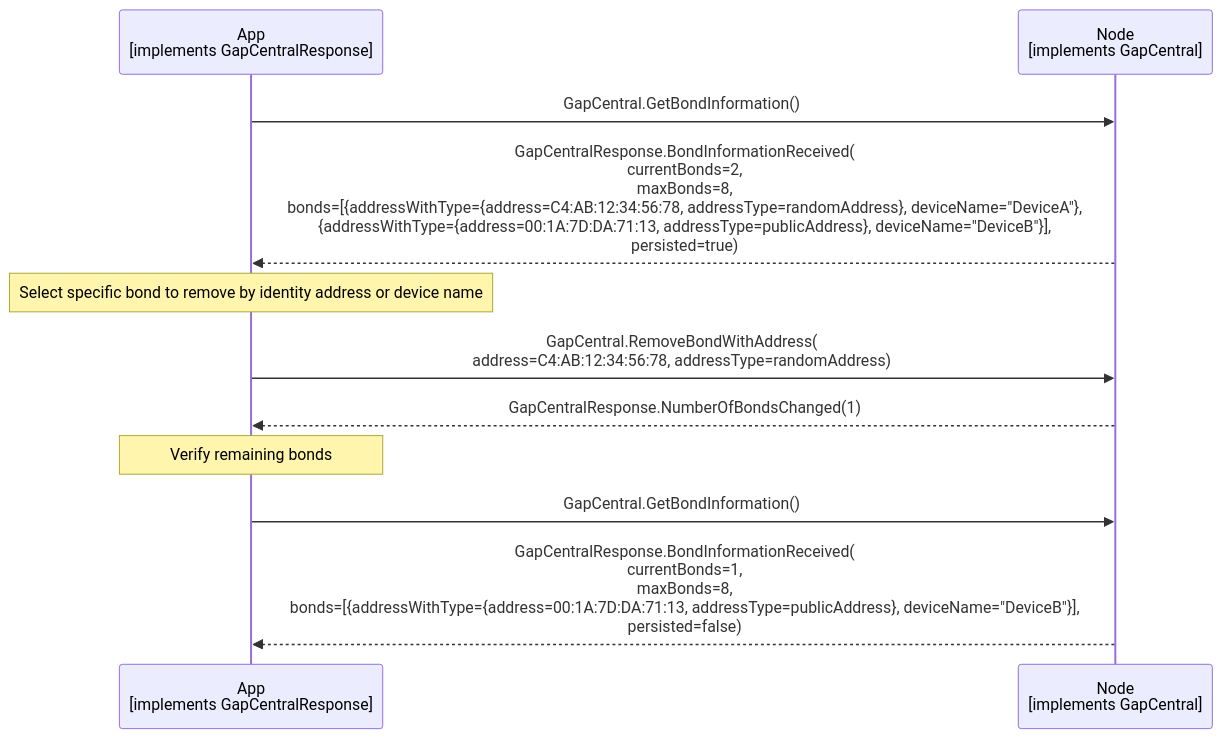
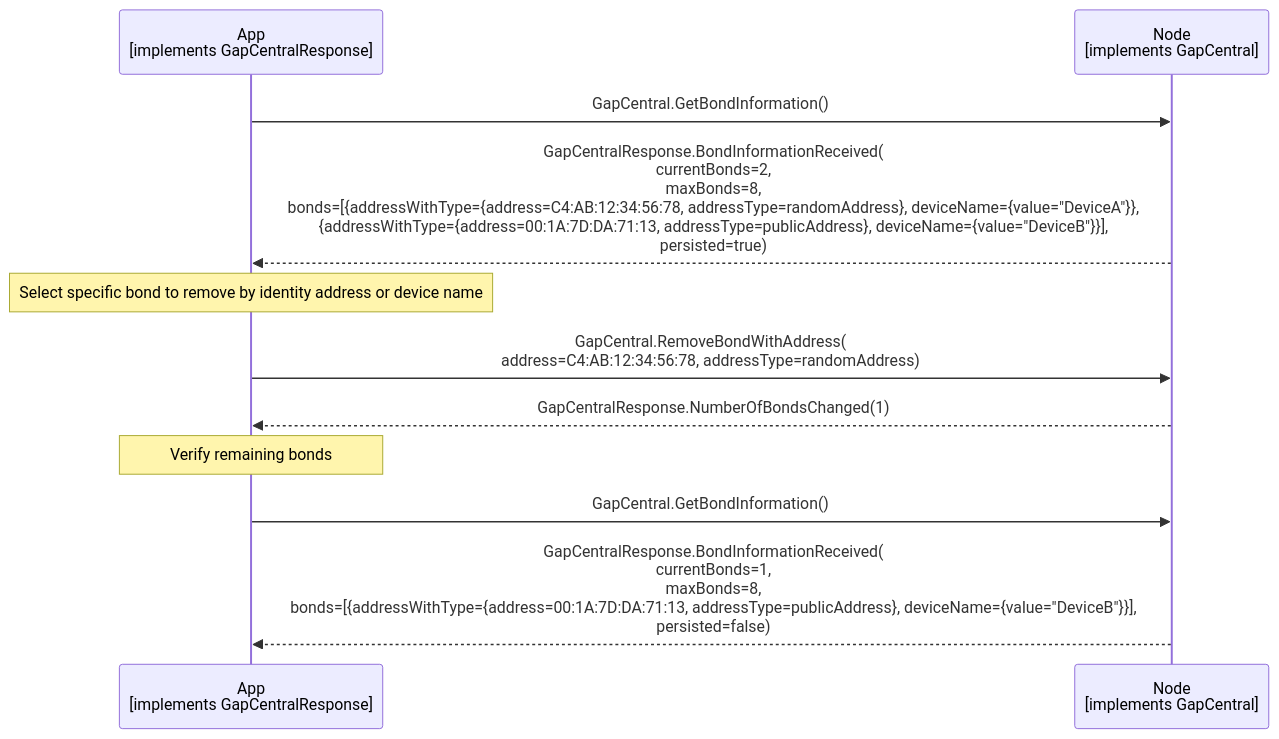
One commit to philips-software/amp-embedded-infra-lib changed the diagram in documents/modules/ROOT/partials/echoservices/gap_central/GapCentral_SelectiveBondRemoval_sequence.mmd. Above: the diagram before and after it, drawn with Mermaid. The commit also changed 15 other files, not shown here.

First line of the commit message:
feat: add SetDeviceName to Gap (#1369)

```diff
--- a/documents/modules/ROOT/partials/echoservices/gap_central/GapCentral_SelectiveBondRemoval_sequence.mmd
+++ b/documents/modules/ROOT/partials/echoservices/gap_central/GapCentral_SelectiveBondRemoval_sequence.mmd
@@ -1,16 +1,16 @@
 sequenceDiagram
     participant App as App<br>[implements GapCentralResponse]
     participant Node as Node<br>[implements GapCentral]
 
     App->>Node: GapCentral.GetBondInformation()
-    Node-->>App: GapCentralResponse.BondInformationReceived(<br>currentBonds=2,<br>maxBonds=8,<br>bonds=[{addressWithType={address=C4:AB:12:34:56:78, addressType=randomAddress}, deviceName="DeviceA"},<br>{addressWithType={address=00:1A:7D:DA:71:13, addressType=publicAddress}, deviceName="DeviceB"}],<br>persisted=true)
+    Node-->>App: GapCentralResponse.BondInformationReceived(<br>currentBonds=2,<br>maxBonds=8,<br>bonds=[{addressWithType={address=C4:AB:12:34:56:78, addressType=randomAddress}, deviceName={value="DeviceA"}},<br>{addressWithType={address=00:1A:7D:DA:71:13, addressType=publicAddress}, deviceName={value="DeviceB"}}],<br>persisted=true)
 
     Note over App: Select specific bond to remove by identity address or device name 
 
     App->>Node: GapCentral.RemoveBondWithAddress(<br>address=C4:AB:12:34:56:78, addressType=randomAddress)
     Node-->>App: GapCentralResponse.NumberOfBondsChanged(1)
 
     Note over App: Verify remaining bonds
 
     App->>Node: GapCentral.GetBondInformation()
-    Node-->>App: GapCentralResponse.BondInformationReceived(<br>currentBonds=1,<br>maxBonds=8,<br>bonds=[{addressWithType={address=00:1A:7D:DA:71:13, addressType=publicAddress}, deviceName="DeviceB"}],<br>persisted=false)
+    Node-->>App: GapCentralResponse.BondInformationReceived(<br>currentBonds=1,<br>maxBonds=8,<br>bonds=[{addressWithType={address=00:1A:7D:DA:71:13, addressType=publicAddress}, deviceName={value="DeviceB"}}],<br>persisted=false)
```
